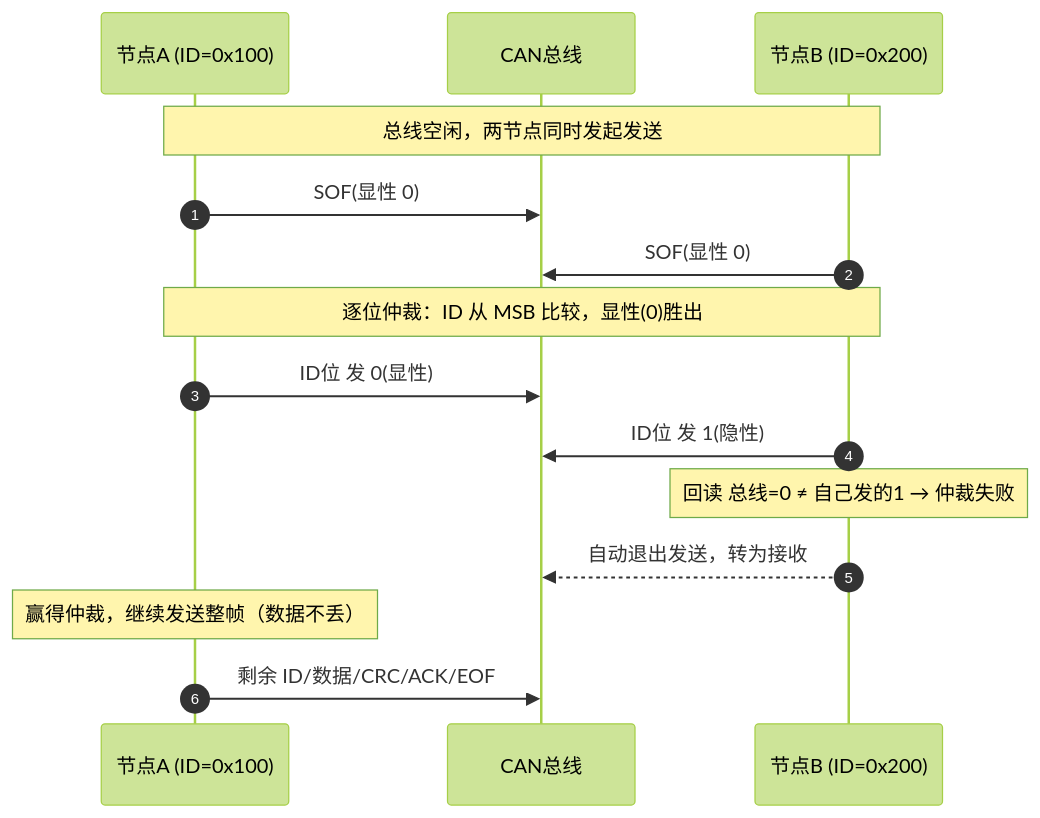
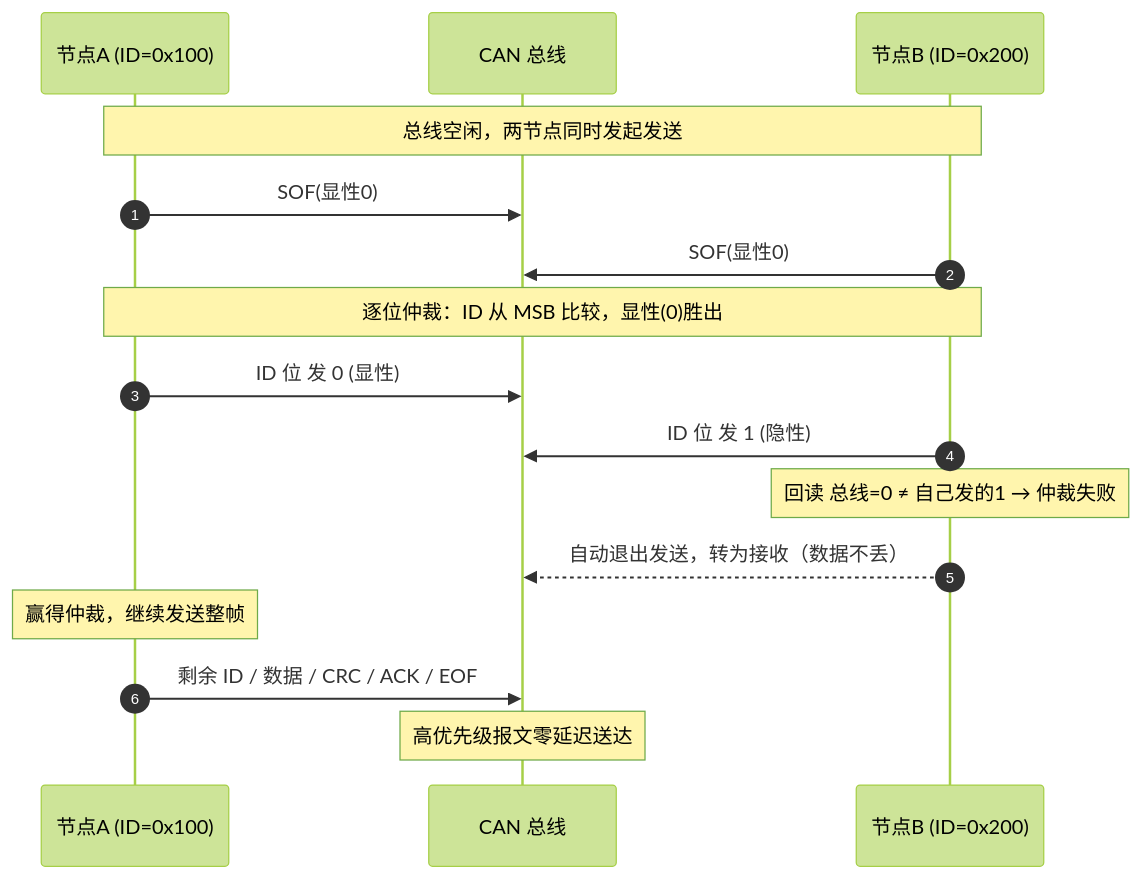
The fourth of 7 diagrams in articles/p01-can-canfd.md (1208826038/embedded-skill-notes), drawn with Mermaid (forest theme) before and after one commit. The commit also changed other lines of this file, not shown here.

Commit message:
docs: p01-can-canfd.md 扩写为万字深度详解（优化上传）

````diff
--- a/articles/p01-can-canfd.md
+++ b/articles/p01-can-canfd.md
@@ -34,17 +345,18 @@
 ```mermaid
 sequenceDiagram
     autonumber
     participant A as 节点A (ID=0x100)
-    participant Bus as CAN总线
+    participant Bus as CAN 总线
     participant B as 节点B (ID=0x200)
     Note over A,B: 总线空闲，两节点同时发起发送
-    A->>Bus: SOF(显性 0)
-    B->>Bus: SOF(显性 0)
+    A->>Bus: SOF(显性0)
+    B->>Bus: SOF(显性0)
     Note over A,B: 逐位仲裁：ID 从 MSB 比较，显性(0)胜出
-    A->>Bus: ID位 发 0(显性)
-    B->>Bus: ID位 发 1(隐性)
+    A->>Bus: ID 位 发 0 (显性)
+    B->>Bus: ID 位 发 1 (隐性)
     Note over B: 回读 总线=0 ≠ 自己发的1 → 仲裁失败
-    B-->>Bus: 自动退出发送，转为接收
-    Note over A: 赢得仲裁，继续发送整帧（数据不丢）
-    A->>Bus: 剩余 ID/数据/CRC/ACK/EOF
+    B-->>Bus: 自动退出发送，转为接收（数据不丢）
+    Note over A: 赢得仲裁，继续发送整帧
+    A->>Bus: 剩余 ID / 数据 / CRC / ACK / EOF
+    Note over Bus: 高优先级报文零延迟送达
 ```
````
